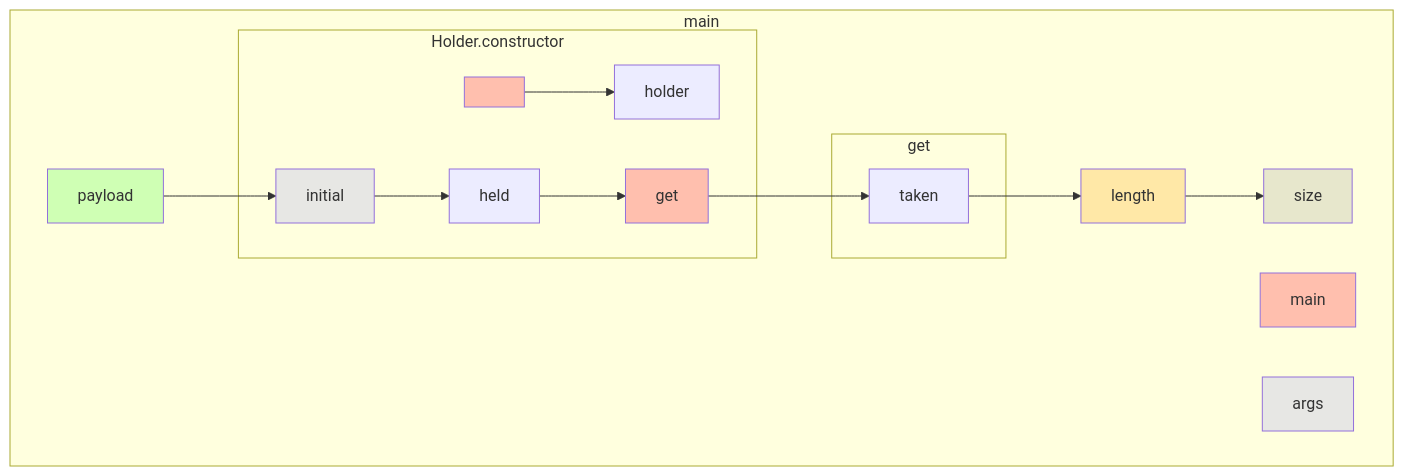
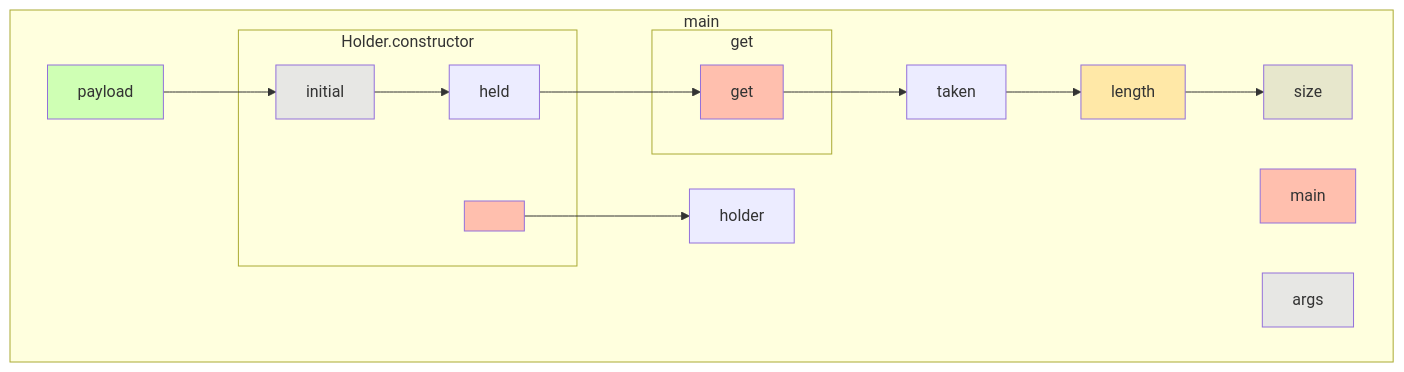
One commit to gstiebler/codeflow changed the diagram in app/src/test/resources/generic/truth.md. Above: the diagram before and after it, drawn with Mermaid. The commit also changed 34 other files, not shown here.

````diff
--- a/app/src/test/resources/generic/truth.md
+++ b/app/src/test/resources/generic/truth.md
@@ -1,34 +1,34 @@
 ```mermaid
 flowchart TD
   subgraph b0["main"]
     n1[main]:::RETURN
     n2[args]:::FUNC_PARAM
     n3["payload"]:::LITERAL
     n8[holder]:::OBJ_VARIABLE
     n11[taken]:::OBJ_VARIABLE
     n12[length]:::EXTERNAL
     n13[size]:::VARIABLE
     n3["payload"]:::LITERAL --> n6[initial]:::FUNC_PARAM
     n11[taken]:::OBJ_VARIABLE --> n12[length]:::EXTERNAL
     n12[length]:::EXTERNAL --> n13[size]:::VARIABLE
+    n5[<init>]:::RETURN --> n8[holder]:::OBJ_VARIABLE
+    n7[held]:::OBJ_VARIABLE --> n10[get]:::RETURN
+    n10[get]:::RETURN --> n11[taken]:::OBJ_VARIABLE
     subgraph b4["Holder.constructor"]
       n5[<init>]:::RETURN
       n6[initial]:::FUNC_PARAM
       n7[held]:::OBJ_VARIABLE
-      n5[<init>]:::RETURN --> n8[holder]:::OBJ_VARIABLE
       n6[initial]:::FUNC_PARAM --> n7[held]:::OBJ_VARIABLE
-      n7[held]:::OBJ_VARIABLE --> n10[get]:::RETURN
     end
     subgraph b9["get"]
       n10[get]:::RETURN
-      n10[get]:::RETURN --> n11[taken]:::OBJ_VARIABLE
     end
   end
   classDef LITERAL fill:#00FF0030
   classDef VARIABLE fill:#80808030
   classDef BIN_OP fill:#80808080
   classDef FUNC_PARAM fill:#8080FF30
   classDef RETURN fill:#FF808080
   classDef EXTERNAL fill:#FFA50040
   classDef UNMODELLED fill:#FF000030,stroke-dasharray: 4 2
 ```
````
